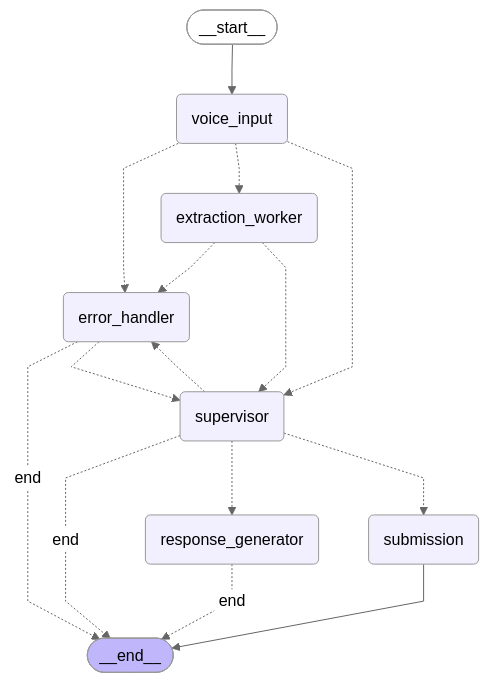
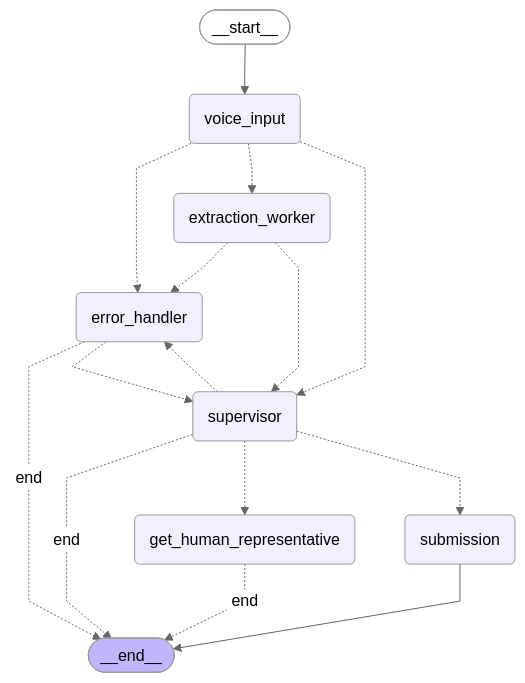
The diagram in graph.mmd (nicholascpark/Claims-Handler-Agent-v1), drawn with Mermaid (neutral theme) before and after one commit. The commit also changed 64 other files, not shown here.

```diff
--- a/graph.mmd
+++ b/graph.mmd
@@ -1,31 +1,31 @@
 ---
 config:
   flowchart:
     curve: linear
 ---
 graph TD;
 	__start__([<p>__start__</p>]):::first
 	voice_input(voice_input)
 	extraction_worker(extraction_worker)
 	supervisor(supervisor)
 	submission(submission)
-	response_generator(response_generator)
+	get_human_representative(get_human_representative)
 	error_handler(error_handler)
 	__end__([<p>__end__</p>]):::last
 	__start__ --> voice_input;
 	error_handler -. &nbsp;end&nbsp; .-> __end__;
 	error_handler -.-> supervisor;
 	extraction_worker -.-> error_handler;
 	extraction_worker -.-> supervisor;
-	response_generator -. &nbsp;end&nbsp; .-> __end__;
+	get_human_representative -. &nbsp;end&nbsp; .-> __end__;
 	supervisor -. &nbsp;end&nbsp; .-> __end__;
 	supervisor -.-> error_handler;
-	supervisor -.-> response_generator;
+	supervisor -.-> get_human_representative;
 	supervisor -.-> submission;
 	voice_input -.-> error_handler;
 	voice_input -.-> extraction_worker;
 	voice_input -.-> supervisor;
 	submission --> __end__;
 	classDef default fill:#f2f0ff,line-height:1.2
 	classDef first fill-opacity:0
 	classDef last fill:#bfb6fc
```
